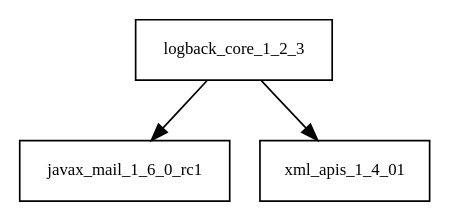
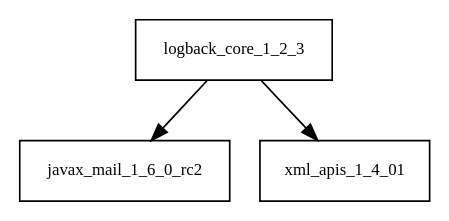
The diagram in tattleTaleReport/graphviz/logback-core-1.2.3.jar/logback-core-1.2.3.jar.dot (AglaianWoman/cia), drawn with Graphviz before and after one commit. The commit also changed 2185 other files, not shown here.

```diff
--- a/tattleTaleReport/graphviz/logback-core-1.2.3.jar/logback-core-1.2.3.jar.dot
+++ b/tattleTaleReport/graphviz/logback-core-1.2.3.jar/logback-core-1.2.3.jar.dot
@@ -1,5 +1,5 @@
 digraph logback_core_1_2_3_dependencies {
   node [shape = box, fontsize=10.0];
-  logback_core_1_2_3 -> javax_mail_1_6_0_rc1;
+  logback_core_1_2_3 -> javax_mail_1_6_0_rc2;
   logback_core_1_2_3 -> xml_apis_1_4_01;
 }
```
